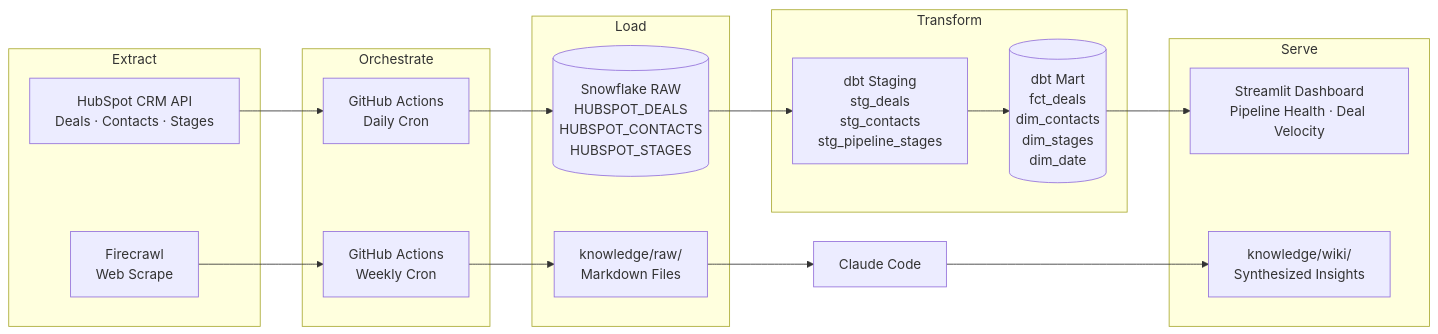
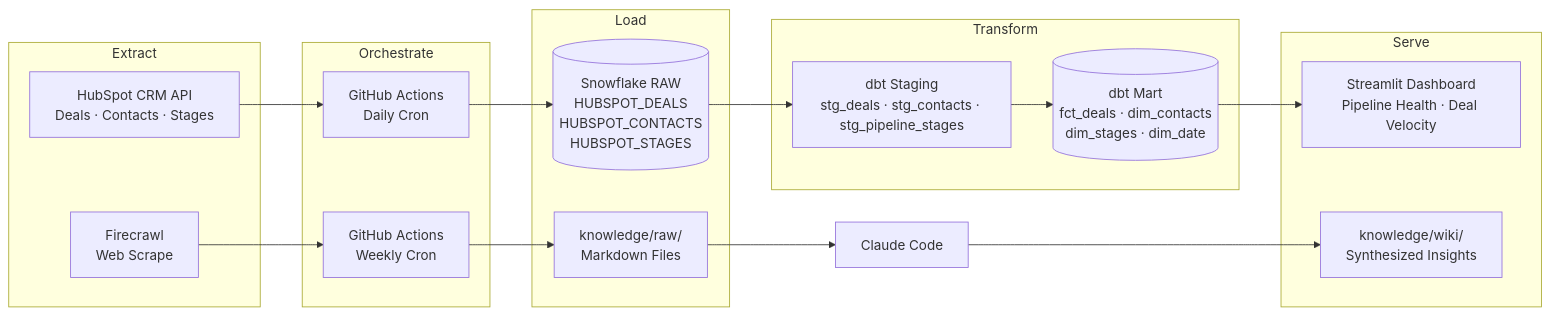
The first of 2 diagrams in README.md (vsofelka/simpro-revenue-analysis), drawn with Mermaid before and after one commit. The commit also changed other lines of this file and 9 other files, not shown here.

````diff
--- a/README.md
+++ b/README.md
@@ -24,30 +27,30 @@
 ```mermaid
 flowchart LR
     subgraph Extract
         A["HubSpot CRM API\nDeals · Contacts · Stages"]
         G["Firecrawl\nWeb Scrape"]
     end
 
     subgraph Orchestrate
         B["GitHub Actions\nDaily Cron"]
         H["GitHub Actions\nWeekly Cron"]
     end
 
     subgraph Load
         C[("Snowflake RAW\nHUBSPOT_DEALS\nHUBSPOT_CONTACTS\nHUBSPOT_STAGES")]
         I["knowledge/raw/\nMarkdown Files"]
     end
 
     subgraph Transform
-        D["dbt Staging\nstg_deals\nstg_contacts\nstg_pipeline_stages"]
-        E[("dbt Mart\nfct_deals\ndim_contacts\ndim_stages\ndim_date")]
+        D["dbt Staging\nstg_deals · stg_contacts · stg_pipeline_stages"]
+        E[("dbt Mart\nfct_deals · dim_contacts\ndim_stages · dim_date")]
     end
 
     subgraph Serve
         F["Streamlit Dashboard\nPipeline Health · Deal Velocity"]
         K["knowledge/wiki/\nSynthesized Insights"]
     end
 
     A --> B --> C --> D --> E --> F
     G --> H --> I --> J["Claude Code"] --> K
 ```
````
